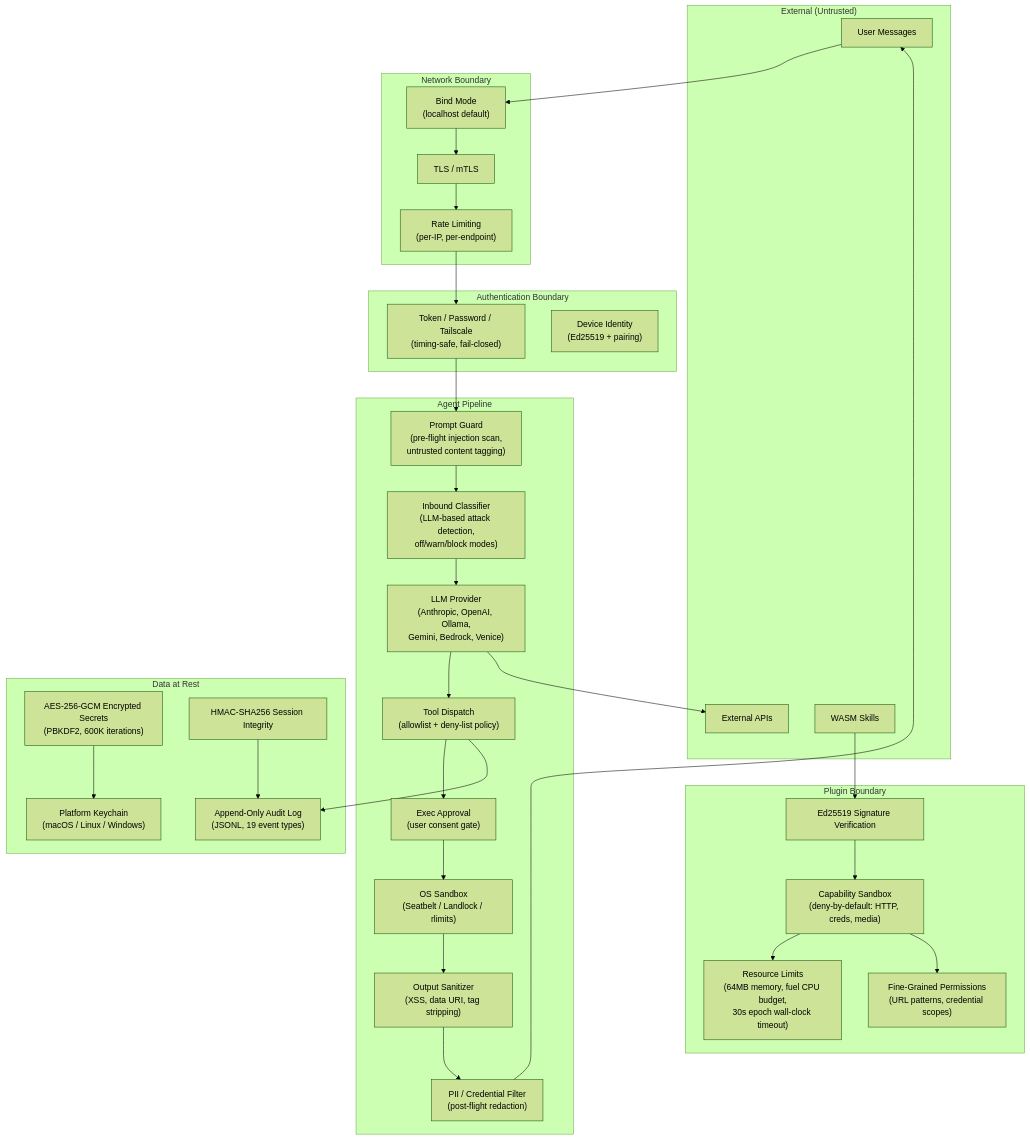
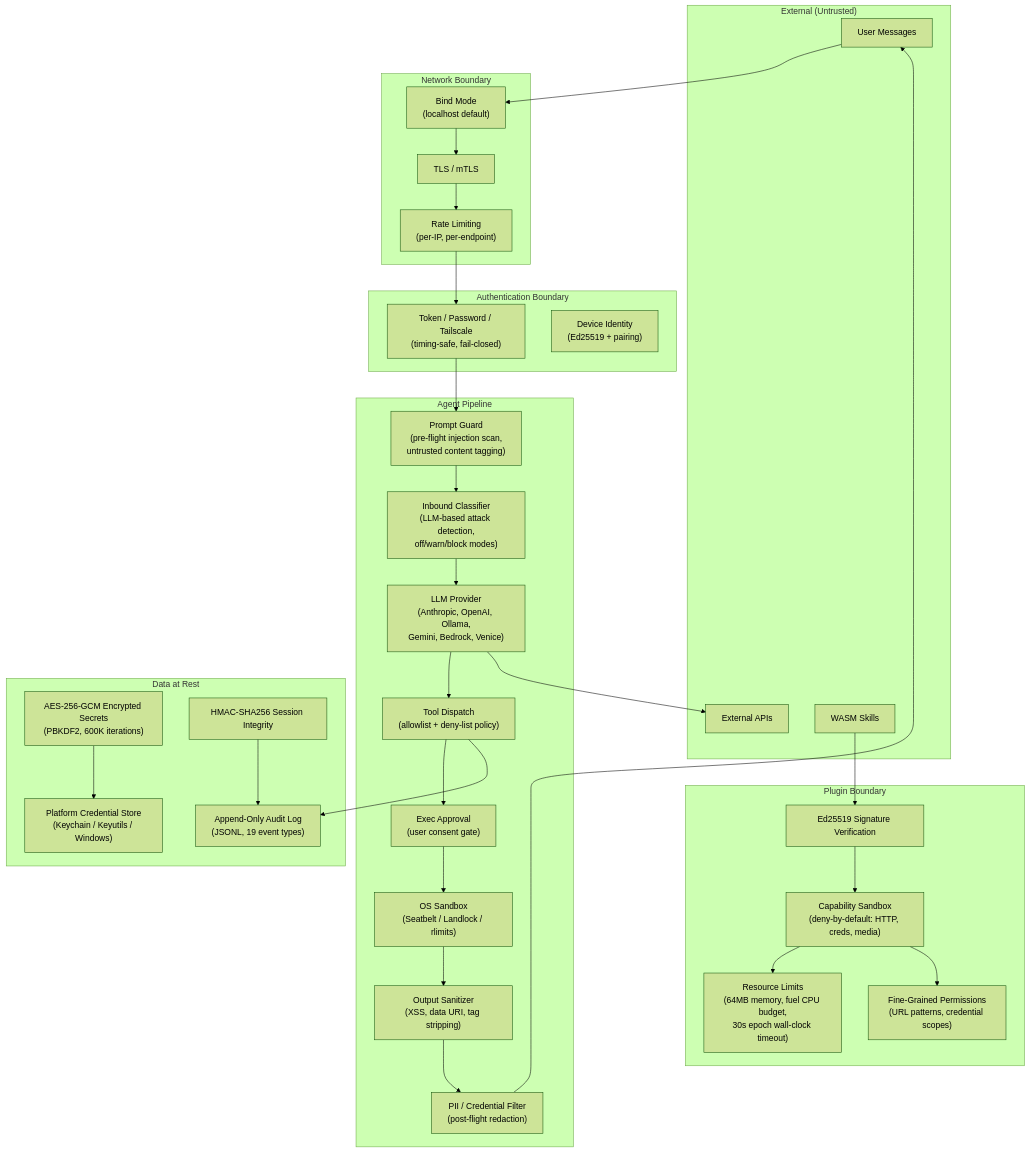
Before and after one commit to puremachinery/carapace: the diagram in docs/security.md, drawn with Mermaid (forest theme). The commit also changed other lines of this file and 9 other files, not shown here.

````diff
--- a/docs/security.md
+++ b/docs/security.md
@@ -40,59 +40,59 @@
 ```mermaid
 graph TB
     subgraph "External (Untrusted)"
         User[User Messages]
         ExtAPI[External APIs]
         Skills[WASM Skills]
     end
 
     subgraph "Network Boundary"
         Bind["Bind Mode<br/>(localhost default)"]
         TLS["TLS / mTLS"]
         RateLimit["Rate Limiting<br/>(per-IP, per-endpoint)"]
     end
 
     subgraph "Authentication Boundary"
         Auth["Token / Password / Tailscale<br/>(timing-safe, fail-closed)"]
         DeviceAuth["Device Identity<br/>(Ed25519 + pairing)"]
     end
 
     subgraph "Agent Pipeline"
         PromptGuard["Prompt Guard<br/>(pre-flight injection scan,<br/>untrusted content tagging)"]
         Classifier["Inbound Classifier<br/>(LLM-based attack detection,<br/>off/warn/block modes)"]
         LLM["LLM Provider<br/>(Anthropic, OpenAI, Ollama,<br/>Gemini, Bedrock, Venice)"]
         ToolDispatch["Tool Dispatch<br/>(allowlist + deny-list policy)"]
         ExecApproval["Exec Approval<br/>(user consent gate)"]
         Sandbox["OS Sandbox<br/>(Seatbelt / Landlock / rlimits)"]
         OutputCSP["Output Sanitizer<br/>(XSS, data URI, tag stripping)"]
         PIIFilter["PII / Credential Filter<br/>(post-flight redaction)"]
     end
 
     subgraph "Data at Rest"
         Secrets["AES-256-GCM Encrypted Secrets<br/>(PBKDF2, 600K iterations)"]
         Sessions["HMAC-SHA256 Session Integrity"]
         Audit["Append-Only Audit Log<br/>(JSONL, 19 event types)"]
-        Keychain["Platform Keychain<br/>(macOS / Linux / Windows)"]
+        Keychain["Platform Credential Store<br/>(Keychain / Keyutils / Windows)"]
     end
 
     subgraph "Plugin Boundary"
         PluginSig["Ed25519 Signature Verification"]
         PluginCaps["Capability Sandbox<br/>(deny-by-default: HTTP, creds, media)"]
         PluginRes["Resource Limits<br/>(64MB memory, fuel CPU budget,<br/>30s epoch wall-clock timeout)"]
         PluginPerms["Fine-Grained Permissions<br/>(URL patterns, credential scopes)"]
     end
 
     User --> Bind --> TLS --> RateLimit --> Auth
     Auth --> PromptGuard --> Classifier --> LLM
     LLM --> ToolDispatch --> ExecApproval --> Sandbox
     Sandbox --> OutputCSP --> PIIFilter
     PIIFilter --> User
 
     LLM --> ExtAPI
     ToolDispatch --> Audit
 
     Skills --> PluginSig --> PluginCaps --> PluginRes
     PluginCaps --> PluginPerms
 
     Secrets --> Keychain
     Sessions --> Audit
 ```
````
